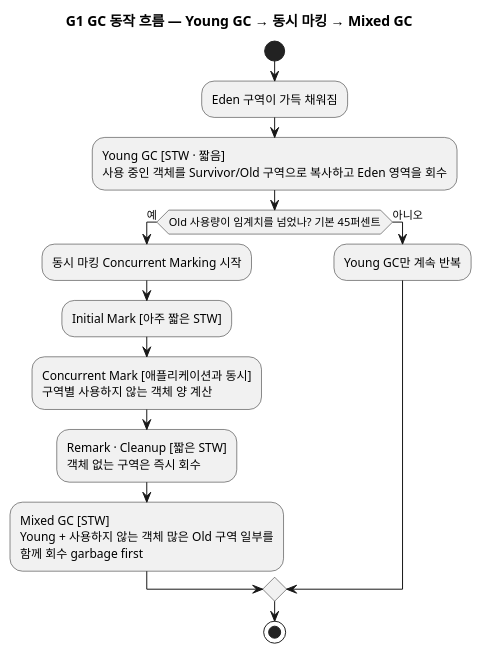
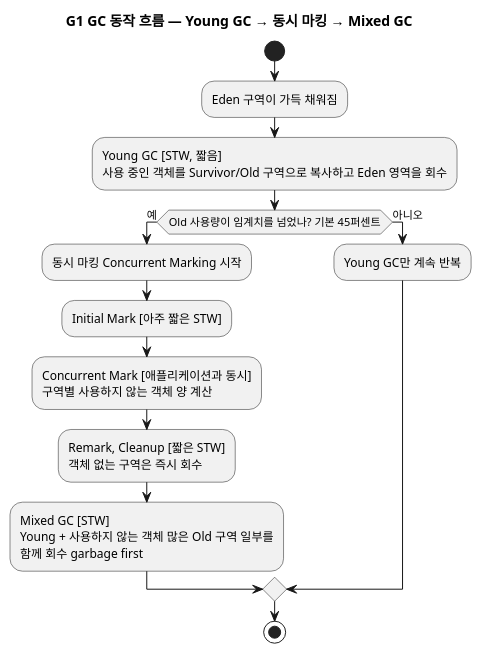
Before and after one commit to johnycho/johny-dev: the sixth of 10 diagrams in blog/2026-08-18-java-gc-types.mdx, drawn with PlantUML. The commit also changed other lines of this file and 188 other files, not shown here.

````diff
--- a/blog/2026-08-18-java-gc-types.mdx
+++ b/blog/2026-08-18-java-gc-types.mdx
@@ -246,18 +246,18 @@
 ```plantuml
 @startuml
 title G1 GC 동작 흐름 — Young GC → 동시 마킹 → Mixed GC
 start
 :Eden 구역이 가득 채워짐;
-:Young GC [STW · 짧음]\n사용 중인 객체를 Survivor/Old 구역으로 복사하고 Eden 영역을 회수;
+:Young GC [STW, 짧음]\n사용 중인 객체를 Survivor/Old 구역으로 복사하고 Eden 영역을 회수;
 if (Old 사용량이 임계치를 넘었나? 기본 45퍼센트) then (예)
   :동시 마킹 Concurrent Marking 시작;
   :Initial Mark [아주 짧은 STW];
   :Concurrent Mark [애플리케이션과 동시]\n구역별 사용하지 않는 객체 양 계산;
-  :Remark · Cleanup [짧은 STW]\n객체 없는 구역은 즉시 회수;
+  :Remark, Cleanup [짧은 STW]\n객체 없는 구역은 즉시 회수;
   :Mixed GC [STW]\nYoung + 사용하지 않는 객체 많은 Old 구역 일부를\n함께 회수 garbage first;
 else (아니오)
   :Young GC만 계속 반복;
 endif
 stop
 @enduml
 ```
````
